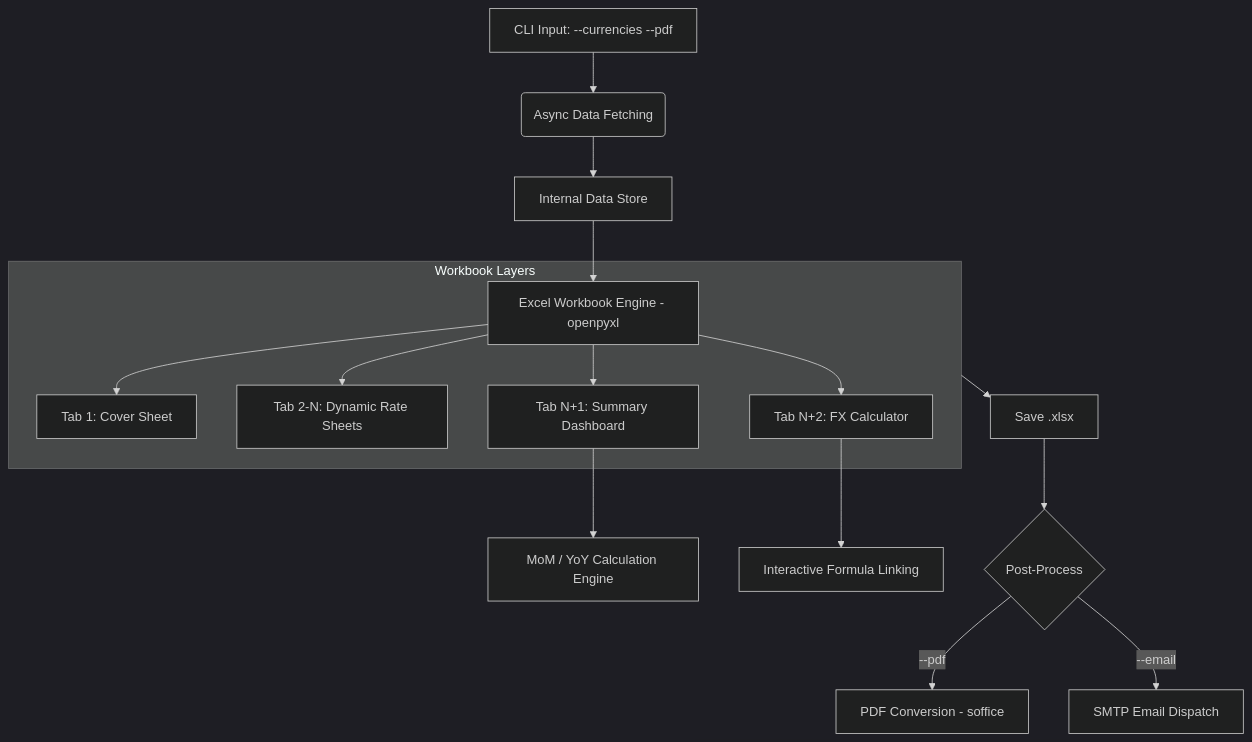
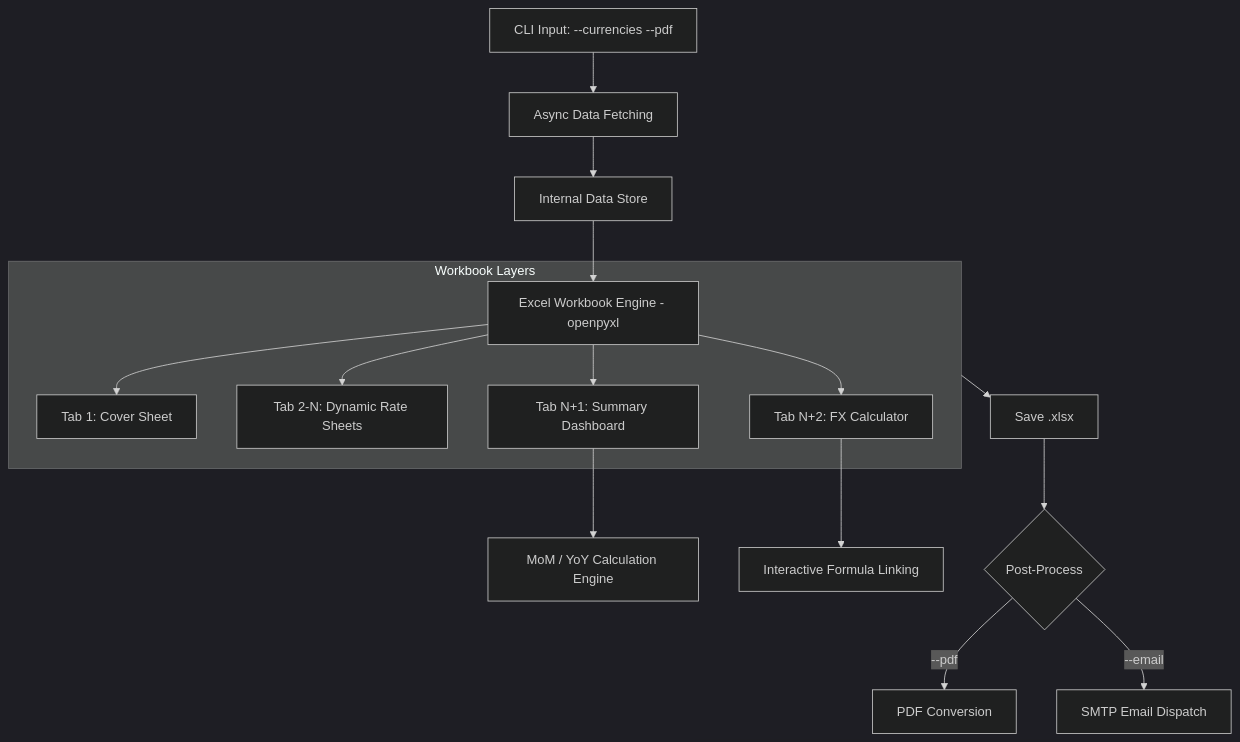
Before and after one commit to Dry1ceD7/BOT-Exchange-Rates: the second of 2 diagrams in README.md, drawn with Mermaid (dark theme). The commit also changed other lines of this file and 15 other files, not shown here.

````diff
--- a/README.md
+++ b/README.md
@@ -41,21 +41,21 @@
 ```mermaid
 graph TD
-    A[CLI Input: --currencies --pdf] --> B(Async Data Fetching)
-    B --> C[Internal Data Store]
-    C --> D[Excel Workbook Engine - openpyxl]
-    
-    subgraph WorkbookLayers [Workbook Layers]
-    D --> E[Tab 1: Cover Sheet]
-    D --> F[Tab 2-N: Dynamic Rate Sheets]
-    D --> G[Tab N+1: Summary Dashboard]
-    D --> H[Tab N+2: FX Calculator]
+    A["CLI Input: --currencies --pdf"] --> B["Async Data Fetching"]
+    B --> C["Internal Data Store"]
+    C --> D["Excel Workbook Engine - openpyxl"]
+
+    subgraph WorkbookLayers ["Workbook Layers"]
+    D --> E["Tab 1: Cover Sheet"]
+    D --> F["Tab 2-N: Dynamic Rate Sheets"]
+    D --> G["Tab N+1: Summary Dashboard"]
+    D --> H["Tab N+2: FX Calculator"]
     end
-    
-    G --> G1[MoM / YoY Calculation Engine]
-    H --> H1[Interactive Formula Linking]
-    
-    WorkbookLayers --> I[Save .xlsx]
-    I --> J{Post-Process}
-    J -->|--pdf| K[PDF Conversion - soffice]
-    J -->|--email| L[SMTP Email Dispatch]
+
+    G --> G1["MoM / YoY Calculation Engine"]
+    H --> H1["Interactive Formula Linking"]
+
+    WorkbookLayers --> I["Save .xlsx"]
+    I --> J{"Post-Process"}
+    J -->|--pdf| K["PDF Conversion"]
+    J -->|--email| L["SMTP Email Dispatch"]
 ```
````
